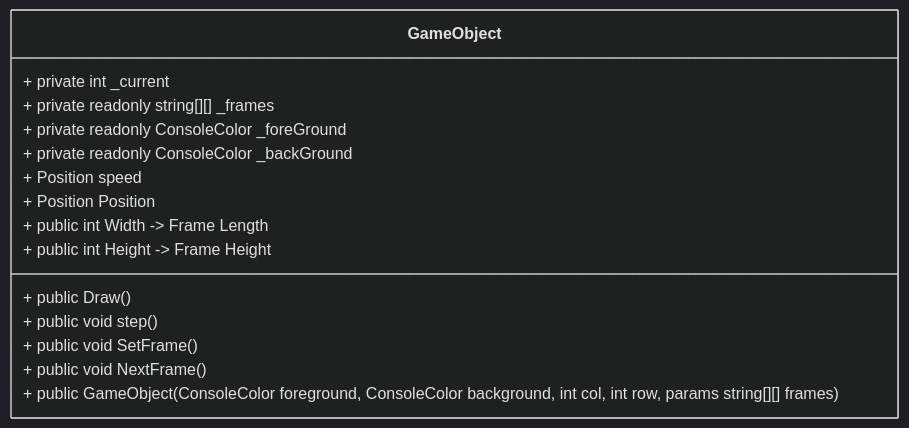
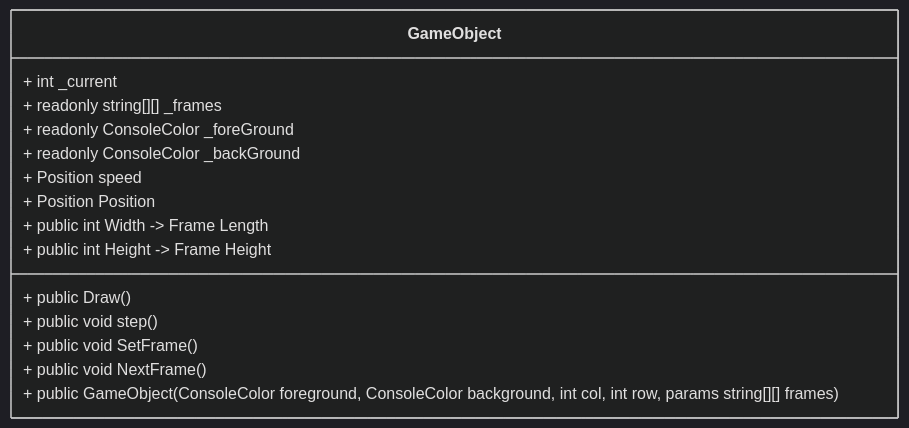
The fourth of 9 diagrams in dokumentasjon/diagram/klasse-diagram.md (NexusWeave/MVP-FlappyBird-cs), drawn with Mermaid (dark theme) before and after one commit. The commit also changed other lines of this file, not shown here.

Commit message:
Refactor access modifiers for GameObject, Bird, Ground, and Pipe classes in klasse-diagram.md

````diff
--- a/dokumentasjon/diagram/klasse-diagram.md
+++ b/dokumentasjon/diagram/klasse-diagram.md
@@ -43,23 +43,23 @@
 ```mermaid
     classDiagram
         direction TD
 
         class GameObject {
-            + private int _current
-            + private readonly string[][] _frames
-            + private readonly ConsoleColor _foreGround
-            + private readonly ConsoleColor _backGround
+            + int _current
+            + readonly string[][] _frames
+            + readonly ConsoleColor _foreGround
+            + readonly ConsoleColor _backGround
 
             + Position speed
             + Position Position
 
             + public int Width -> Frame Length
             + public int Height -> Frame Height
 
             + public Draw()
             + public void step()
             + public void SetFrame()
             + public void NextFrame()
             + public  GameObject(ConsoleColor foreground, ConsoleColor background, int col, int row, params string[][] frames)
         }
 ```
````
